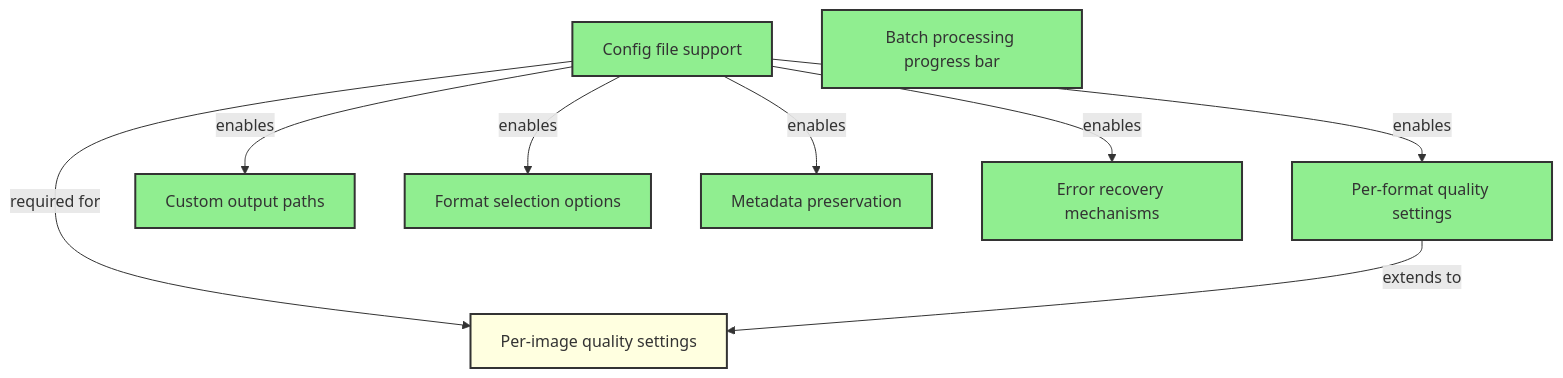
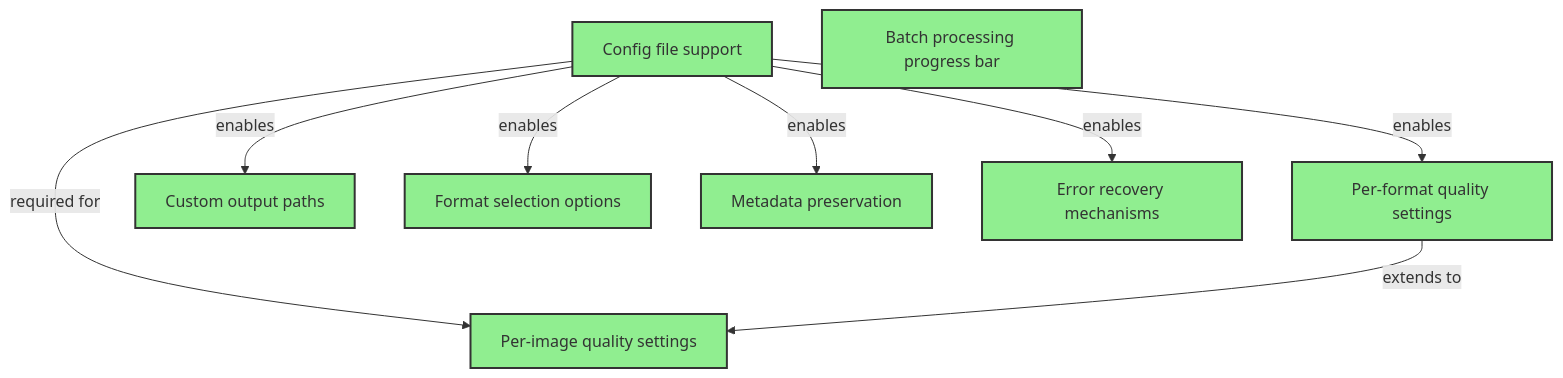
One commit to flyingrobots/image-dump changed the diagram in docs/milestones/phase-3.md. Above: the diagram before and after it, drawn with Mermaid. The commit also changed other lines of this file and 214 other files, not shown here.

````diff
--- a/docs/milestones/phase-3.md
+++ b/docs/milestones/phase-3.md
@@ -24,23 +22,21 @@
 ```mermaid
 graph TD
     %% Completed tasks (green)
     A[Config file support] -->|enables| B[Per-format quality settings]
     A -->|enables| C[Custom output paths]
     A -->|enables| D[Format selection options]
     A -->|enables| E[Metadata preservation]
     A -->|enables| H[Error recovery mechanisms]
     
-    %% Remaining task (yellow)
+    %% All completed tasks (green)
     A -->|required for| F[Per-image quality settings]
     B -->|extends to| F
     
     %% Completed standalone task
     G[Batch processing progress bar]
     
     %% Styling
     classDef completed fill:#90EE90,stroke:#333,stroke-width:2px
-    classDef remaining fill:#FFFFE0,stroke:#333,stroke-width:2px
     
-    class A,B,C,D,E,G,H completed
-    class F remaining
+    class A,B,C,D,E,F,G,H completed
 ```
````
